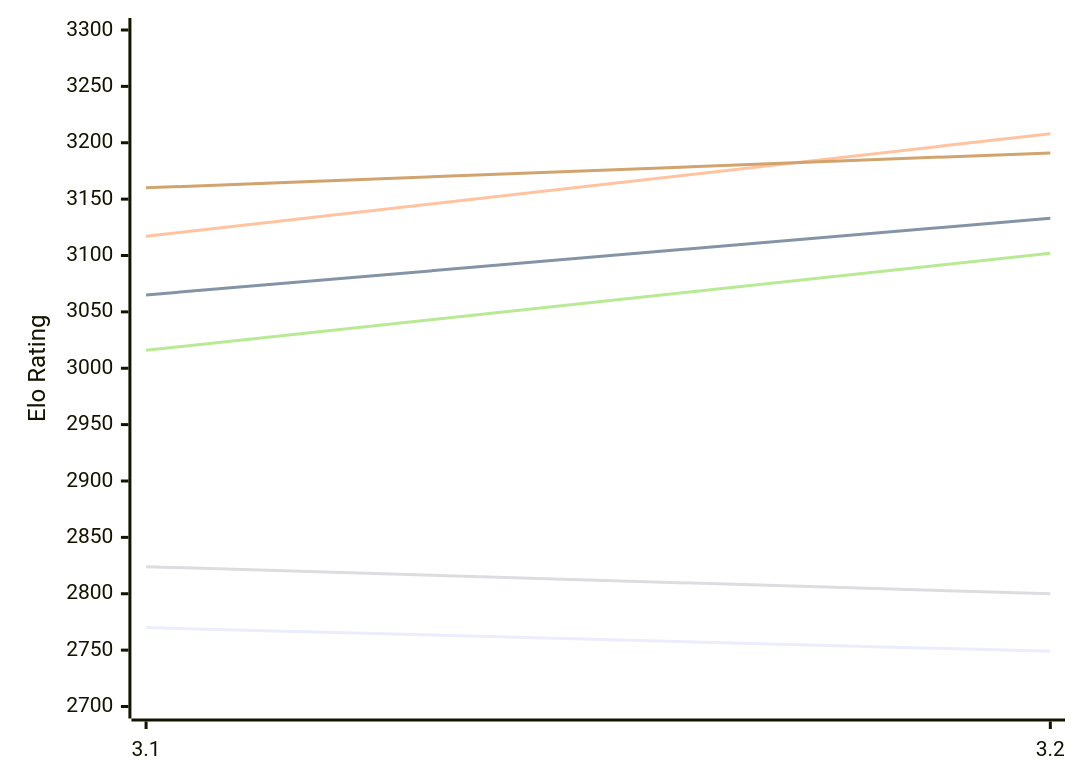
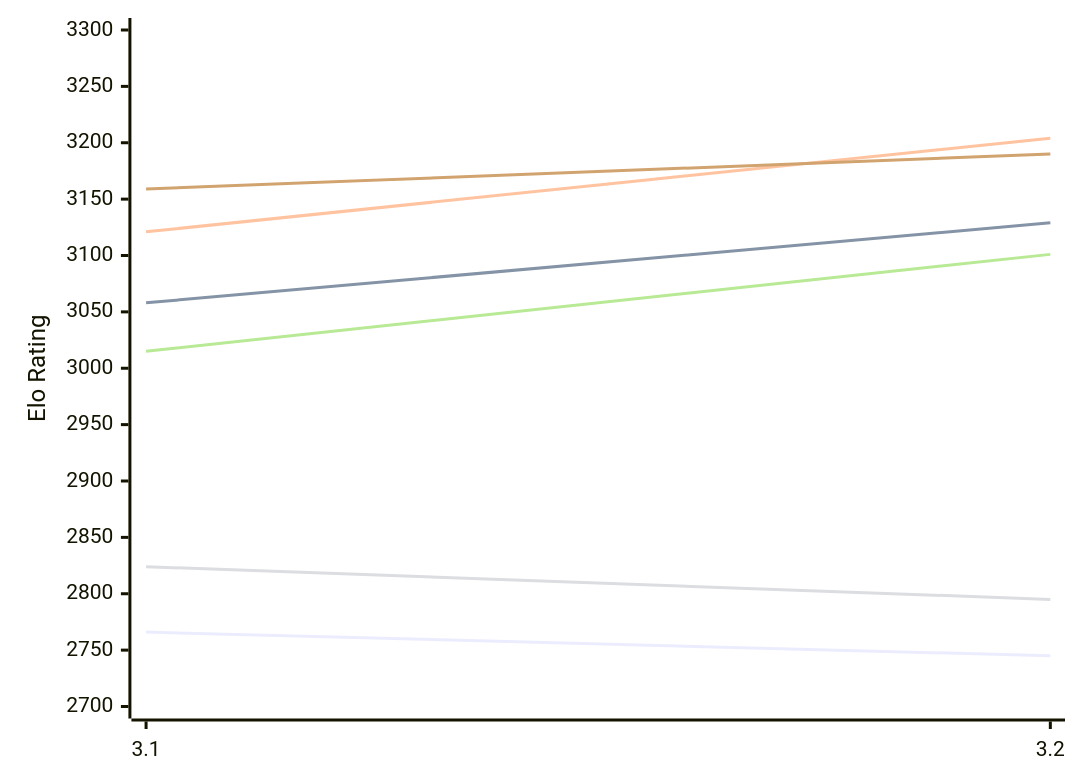
One commit to computer-chess-index/cci changed the first of 2 diagrams in engines/Vajolet2.md. Above: the diagram before and after it, drawn with Mermaid. The commit also changed other lines of this file, not shown here.

Commit message:
Update CCI Ratings (ELO VLTC) - 2026-11-26

````diff
--- a/engines/Vajolet2.md
+++ b/engines/Vajolet2.md
@@ -51,12 +51,12 @@
 ```mermaid
 %%{init: {"theme":"base","themeVariables":{"seriesColors:['#a3a3a3','#222221','#faa371']}}}%%
 xychart-beta
   x-axis ["3.1", "3.2"]
   y-axis "Elo Rating" 2700 --> 3300
-  line "E1: STC (8.0+0.08s)" [2770, 2749]
-  line "E1: LTC (60.0+0.60s)" [3065, 3133]
-  line "E1: VLTC (2m24s+1.12s)" [3117, 3208]
-  line "P1: STC (8.0+0.08s)" [2824, 2800]
-  line "P1: LTC (60.0+0.60s)" [3016, 3102]
-  line "P1: VLTC (2m24s+1.12s)" [3160, 3191]
+  line "E1: STC (8.0+0.08s)" [2766, 2745]
+  line "E1: LTC (60.0+0.60s)" [3058, 3129]
+  line "E1: VLTC (2m24s+1.12s)" [3121, 3204]
+  line "P1: STC (8.0+0.08s)" [2824, 2795]
+  line "P1: LTC (60.0+0.60s)" [3015, 3101]
+  line "P1: VLTC (2m24s+1.12s)" [3159, 3190]
 ```
````
